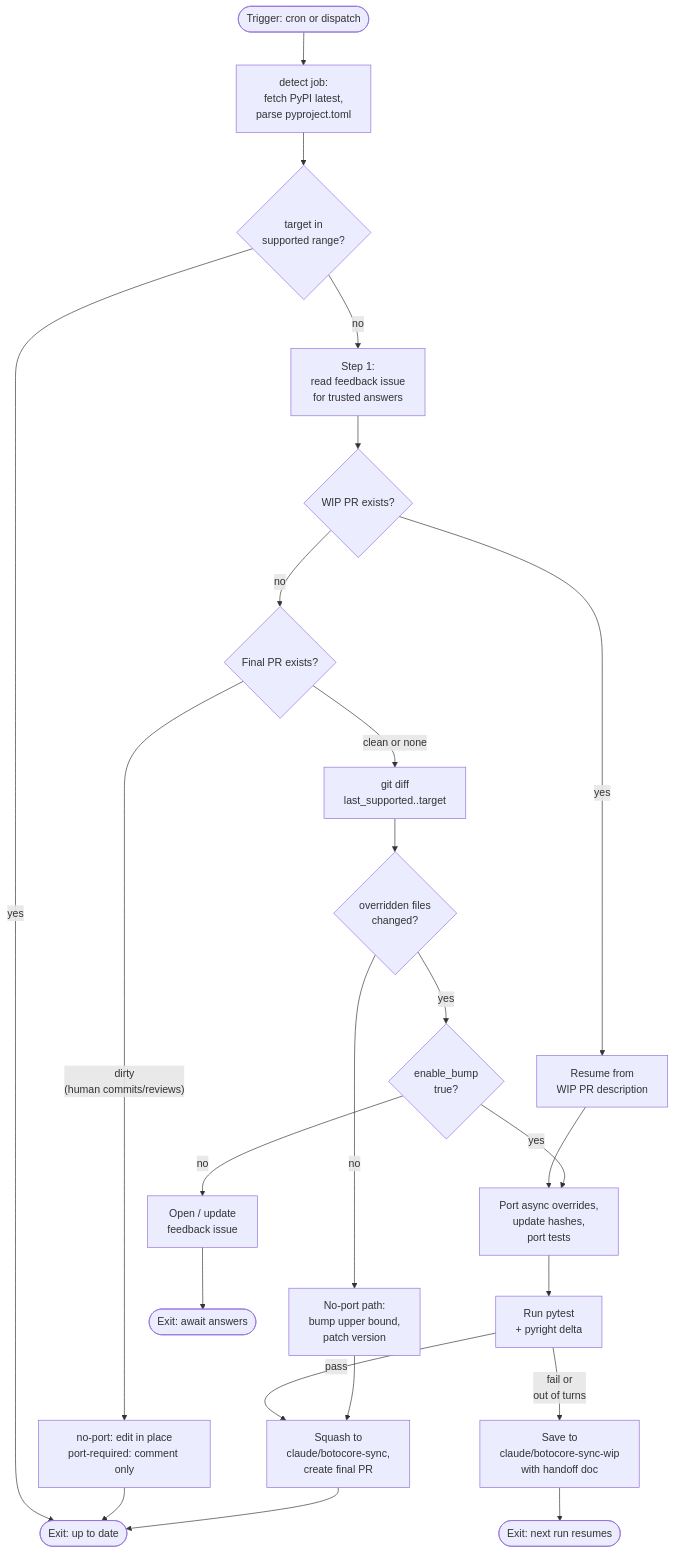
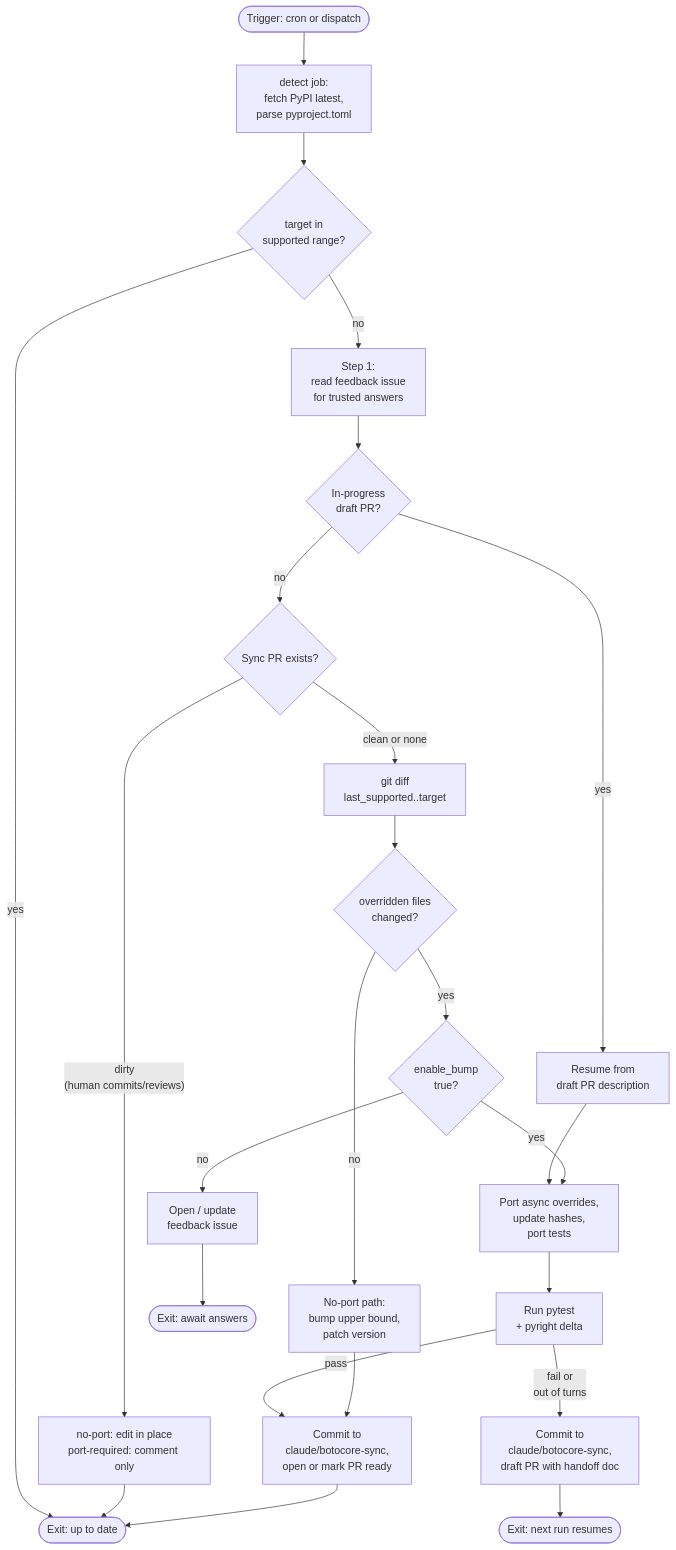
The second of 2 diagrams in docs/ai-workflows.md (aio-libs/aiobotocore), drawn with Mermaid before and after one commit. The commit also changed other lines of this file and 28 other files, not shown here.

````diff
--- a/docs/ai-workflows.md
+++ b/docs/ai-workflows.md
@@ -209,27 +204,27 @@
 ```mermaid
 flowchart TD
     start([Trigger: cron or dispatch])
     start --> detect["detect job:<br/>fetch PyPI latest,<br/>parse pyproject.toml"]
     detect --> inrange{target in<br/>supported range?}
     inrange -->|yes| exitOK([Exit: up to date])
     inrange -->|no| step1["Step 1:<br/>read feedback issue<br/>for trusted answers"]
-    step1 --> wipCheck{WIP PR exists?}
-    wipCheck -->|yes| resume[Resume from<br/>WIP PR description]
-    wipCheck -->|no| finalCheck{Final PR exists?}
+    step1 --> draftCheck{In-progress<br/>draft PR?}
+    draftCheck -->|yes| resume[Resume from<br/>draft PR description]
+    draftCheck -->|no| finalCheck{Sync PR exists?}
     finalCheck -->|"dirty<br/>(human commits/reviews)"| dirty[no-port: edit in place<br/>port-required: comment only]
     finalCheck -->|clean or none| diff["git diff<br/>last_supported..target"]
     resume --> port
     diff --> classify{overridden files<br/>changed?}
     classify -->|no| noport[No-port path:<br/>bump upper bound,<br/>patch version]
     classify -->|yes| bumpGate{enable_bump<br/>true?}
     bumpGate -->|no| feedback[Open / update<br/>feedback issue]
     bumpGate -->|yes| port[Port async overrides,<br/>update hashes,<br/>port tests]
     port --> validate["Run pytest<br/>+ pyright delta"]
-    validate -->|pass| finalize["Squash to<br/>claude/botocore-sync,<br/>create final PR"]
-    validate -->|"fail or<br/>out of turns"| saveWIP[Save to<br/>claude/botocore-sync-wip<br/>with handoff doc]
+    validate -->|pass| finalize["Commit to<br/>claude/botocore-sync,<br/>open or mark PR ready"]
+    validate -->|"fail or<br/>out of turns"| saveWIP[Commit to<br/>claude/botocore-sync,<br/>draft PR with handoff doc]
     noport --> finalize
     dirty --> exitOK
     finalize --> exitOK
     feedback --> exitFB([Exit: await answers])
     saveWIP --> exitWIP([Exit: next run resumes])
 ```
````
